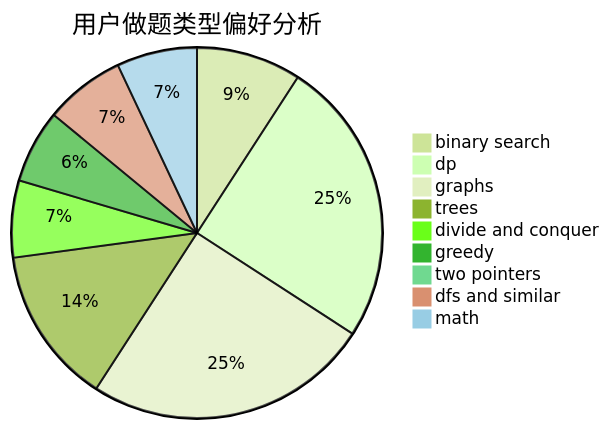
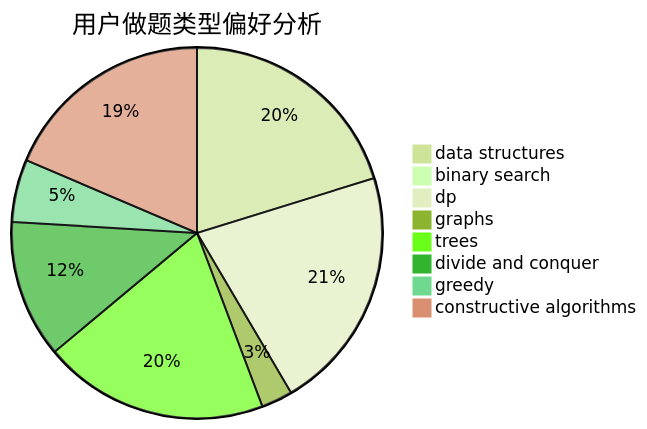
The second of 3 diagrams in docs/user/u1860.md (sherpahu/cfrs.github.io), drawn with Mermaid (forest theme) before and after one commit. The commit also changed other lines of this file and 2775 other files, not shown here.

````diff
--- a/docs/user/u1860.md
+++ b/docs/user/u1860.md
@@ -23,12 +23,11 @@
 ```mermaid
 pie title 用户做题类型偏好分析
-    "binary search" :  30
-    "dp" :  82
-    "graphs" :  82
-    "trees" :  45
+    "data structures" :  37
+    "binary search" :  0
+    "dp" :  39
+    "graphs" :  5
+    "trees" :  36
     "divide and conquer" :  22
-    "greedy" :  21
-    "two pointers" :  0
-    "dfs and similar" :  23
-    "math" :  23
+    "greedy" :  10
+    "constructive algorithms" :  34
 ```
````
